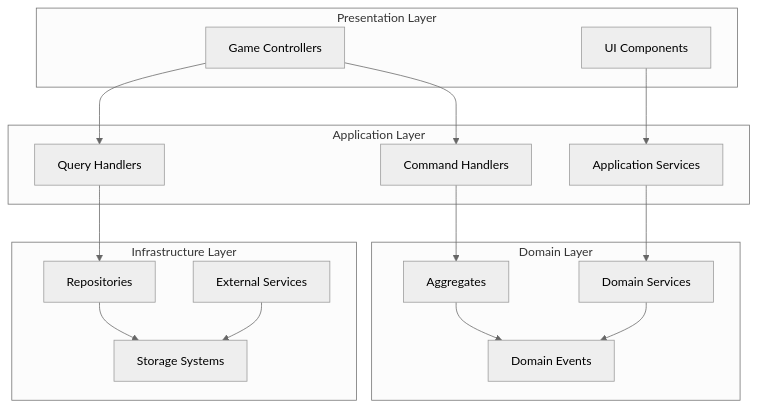
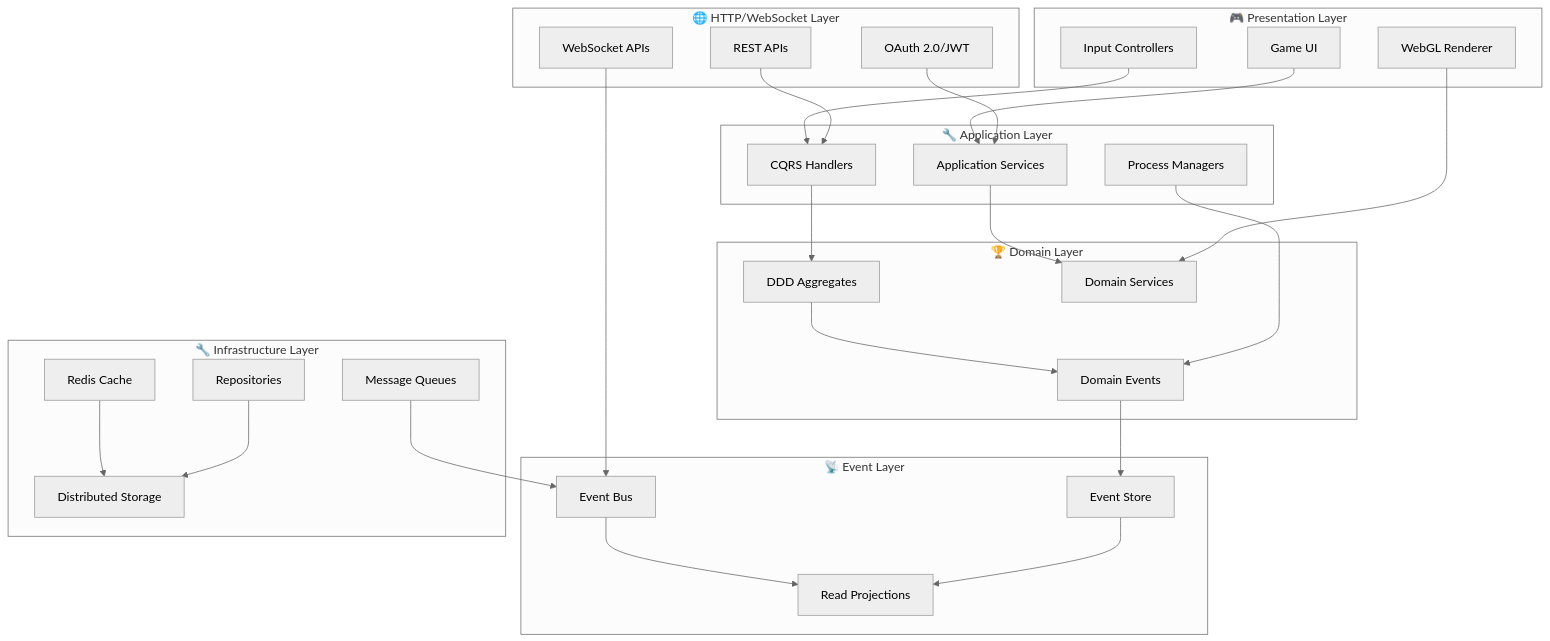
The diagram in docs/02-specifications/02-api-design/README.md (takeokunn/ts-minecraft), drawn with Mermaid (neutral theme) before and after one commit. The commit also changed other lines of this file and 70 other files, not shown here.

````diff
--- a/docs/02-specifications/02-api-design/README.md
+++ b/docs/02-specifications/02-api-design/README.md
@@ -71,39 +210,61 @@
 ```mermaid
 graph TB
-    subgraph "Presentation Layer"
-        UI[UI Components]
-        Controllers[Game Controllers]
+    subgraph "🌐 HTTP/WebSocket Layer"
+        REST[REST APIs]
+        WS[WebSocket APIs]
+        Auth[OAuth 2.0/JWT]
     end
 
-    subgraph "Application Layer"
-        AppServices[Application Services]
-        CommandHandlers[Command Handlers]
-        QueryHandlers[Query Handlers]
+    subgraph "🎮 Presentation Layer"
+        UI[Game UI]
+        Controllers[Input Controllers]
+        Renderer[WebGL Renderer]
     end
 
-    subgraph "Domain Layer"
-        DomainServices[Domain Services]
-        Aggregates[Aggregates]
-        Events[Domain Events]
+    subgraph "🔧 Application Layer"
+        CQRS[CQRS Handlers]
+        AppServices[Application Services]
+        Sagas[Process Managers]
     end
 
-    subgraph "Infrastructure Layer"
-        Repos[Repositories]
-        External[External Services]
-        Storage[Storage Systems]
+    subgraph "🏆 Domain Layer"
+        Aggregates[DDD Aggregates]
+        Events[Domain Events]
+        Services[Domain Services]
     end
 
+    subgraph "📡 Event Layer"
+        EventBus[Event Bus]
+        EventStore[Event Store]
+        Projections[Read Projections]
+    end
+
+    subgraph "🔧 Infrastructure Layer"
+        Repositories[Repositories]
+        Storage[Distributed Storage]
+        Cache[Redis Cache]
+        Queue[Message Queues]
+    end
+
+    REST --> CQRS
+    WS --> EventBus
+    Auth --> AppServices
+
     UI --> AppServices
-    Controllers --> CommandHandlers
-    Controllers --> QueryHandlers
+    Controllers --> CQRS
+    Renderer --> Services
 
-    AppServices --> DomainServices
-    CommandHandlers --> Aggregates
-    QueryHandlers --> Repos
+    CQRS --> Aggregates
+    AppServices --> Services
+    Sagas --> Events
 
     Aggregates --> Events
-    DomainServices --> Events
+    Events --> EventStore
+    EventStore --> Projections
 
-    Repos --> Storage
-    External --> Storage
+    Repositories --> Storage
+    Cache --> Storage
+    Queue --> EventBus
+
+    EventBus --> Projections
 ```
````
